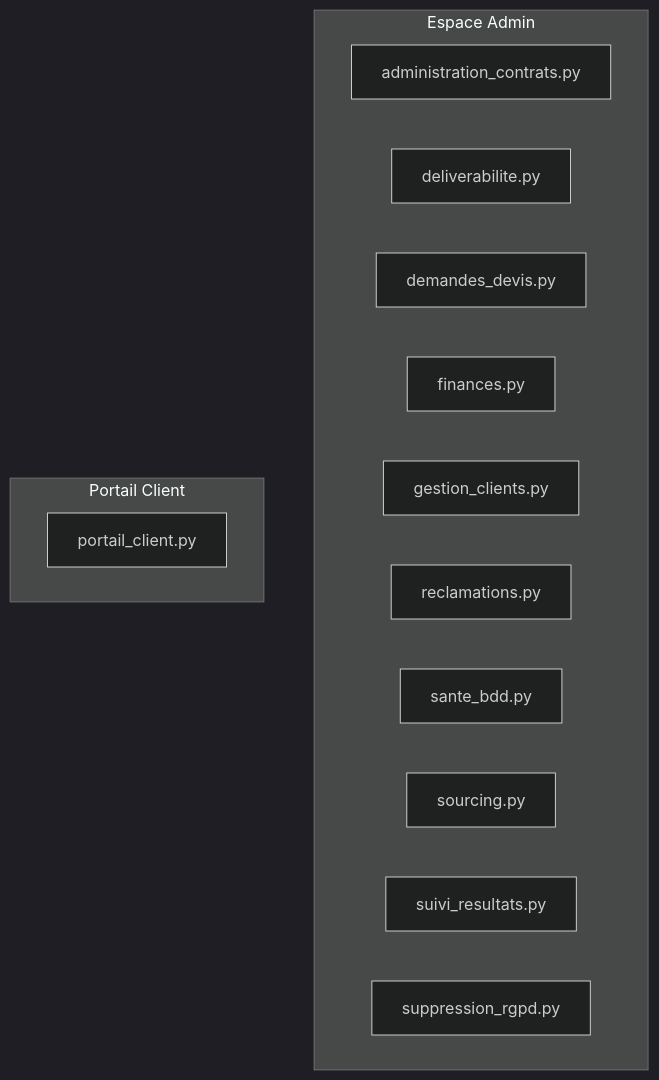
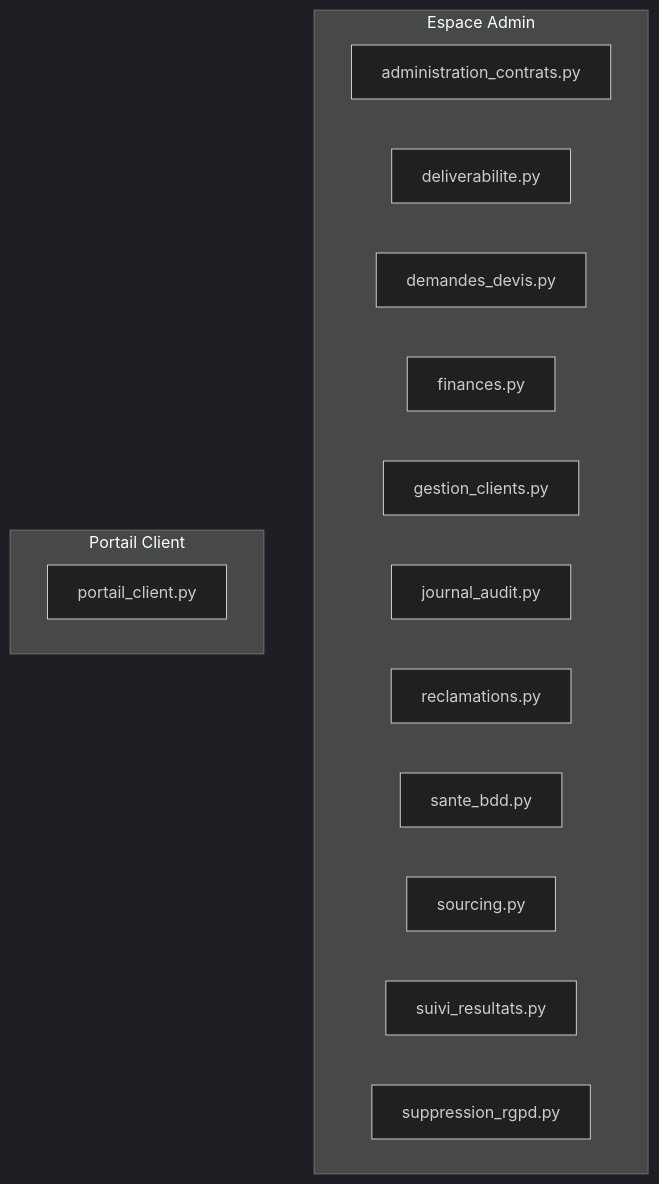
One commit to contactmonagenceiapro-sudo/leads-creator changed the third of 3 diagrams in docs/architecture_globale.md. Above: the diagram before and after it, drawn with Mermaid (dark theme). The commit also changed other lines of this file and 8 other files, not shown here.

First line of the commit message:
feat: ajoute le module 10 (journal d'audit admin) et étend le contrôle RLS aux policies

````diff
--- a/docs/architecture_globale.md
+++ b/docs/architecture_globale.md
@@ -377,18 +389,19 @@
 ```mermaid
 flowchart TD
     subgraph ADMIN["Espace Admin"]
         administration_contrats_py["administration_contrats.py"]
         deliverabilite_py["deliverabilite.py"]
         demandes_devis_py["demandes_devis.py"]
         finances_py["finances.py"]
         gestion_clients_py["gestion_clients.py"]
+        journal_audit_py["journal_audit.py"]
         reclamations_py["reclamations.py"]
         sante_bdd_py["sante_bdd.py"]
         sourcing_py["sourcing.py"]
         suivi_resultats_py["suivi_resultats.py"]
         suppression_rgpd_py["suppression_rgpd.py"]
     end
     subgraph CLIENT["Portail Client"]
         portail_client_py["portail_client.py"]
     end
 ```
````
